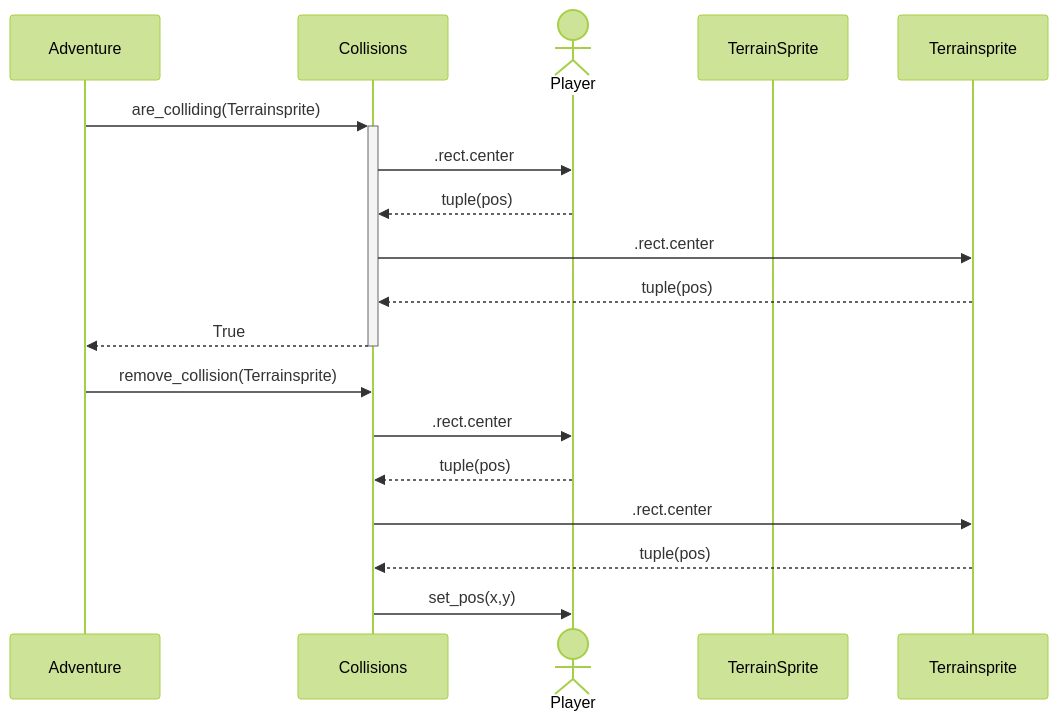
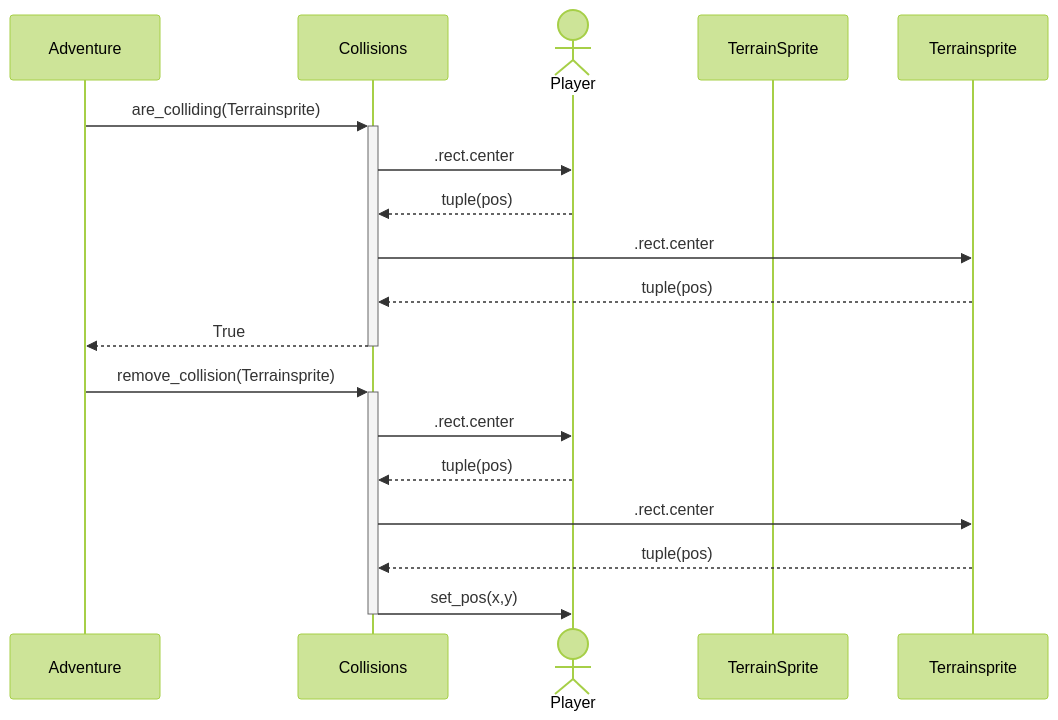
Before and after one commit to VehvilainenPooki/OTProjekti: the second of 2 diagrams in Payload_adventure_game/Documentation/ArchitectureDescription.md, drawn with Mermaid (forest theme).

````diff
--- a/Payload_adventure_game/Documentation/ArchitectureDescription.md
+++ b/Payload_adventure_game/Documentation/ArchitectureDescription.md
@@ -56,19 +56,19 @@
 ```mermaid
 sequenceDiagram
   participant Adventure
   participant Collisions
   actor Player
   participant TerrainSprite
   Adventure->>+Collisions: are_colliding(Terrainsprite)
   Collisions->>Player: .rect.center
   Player-->>Collisions: tuple(pos)
   Collisions->>Terrainsprite: .rect.center
   Terrainsprite-->>Collisions: tuple(pos)
   Collisions-->>-Adventure: True
-  Adventure->>Collisions: remove_collision(Terrainsprite)
+  Adventure->>+Collisions: remove_collision(Terrainsprite)
   Collisions->>Player: .rect.center
   Player-->>Collisions: tuple(pos)
   Collisions->>Terrainsprite: .rect.center
   Terrainsprite-->>Collisions: tuple(pos)
-  Collisions->>Player: set_pos(x,y)
+  Collisions->>-Player: set_pos(x,y)
 ```
````
